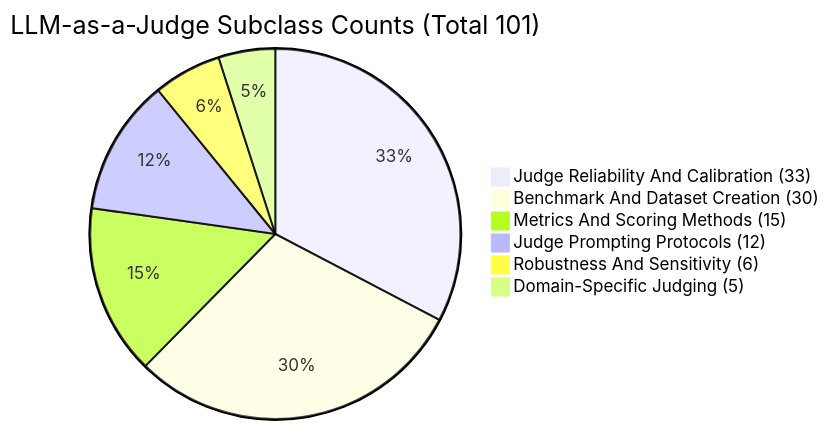
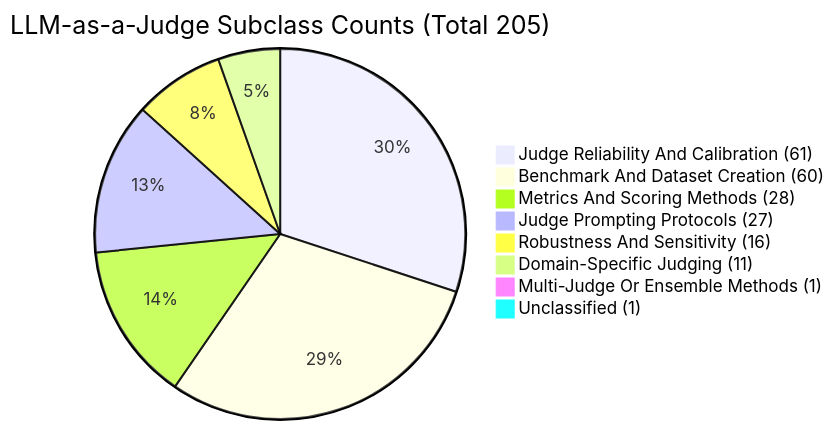
The first of 2 diagrams in README.md (inoue0426/llm-judge-research-tracker), drawn with Mermaid before and after one commit. The commit also changed other lines of this file and 22 other files, not shown here.

````diff
--- a/README.md
+++ b/README.md
@@ -20,9 +20,11 @@
 ```mermaid
-pie title LLM-as-a-Judge Subclass Counts (Total 101)
-    "Judge Reliability And Calibration (33)" : 33
-    "Benchmark And Dataset Creation (30)" : 30
-    "Metrics And Scoring Methods (15)" : 15
-    "Judge Prompting Protocols (12)" : 12
-    "Robustness And Sensitivity (6)" : 6
-    "Domain-Specific Judging (5)" : 5
+pie title LLM-as-a-Judge Subclass Counts (Total 205)
+    "Judge Reliability And Calibration (61)" : 61
+    "Benchmark And Dataset Creation (60)" : 60
+    "Metrics And Scoring Methods (28)" : 28
+    "Judge Prompting Protocols (27)" : 27
+    "Robustness And Sensitivity (16)" : 16
+    "Domain-Specific Judging (11)" : 11
+    "Multi-Judge Or Ensemble Methods (1)" : 1
+    "Unclassified (1)" : 1
 ```
````
